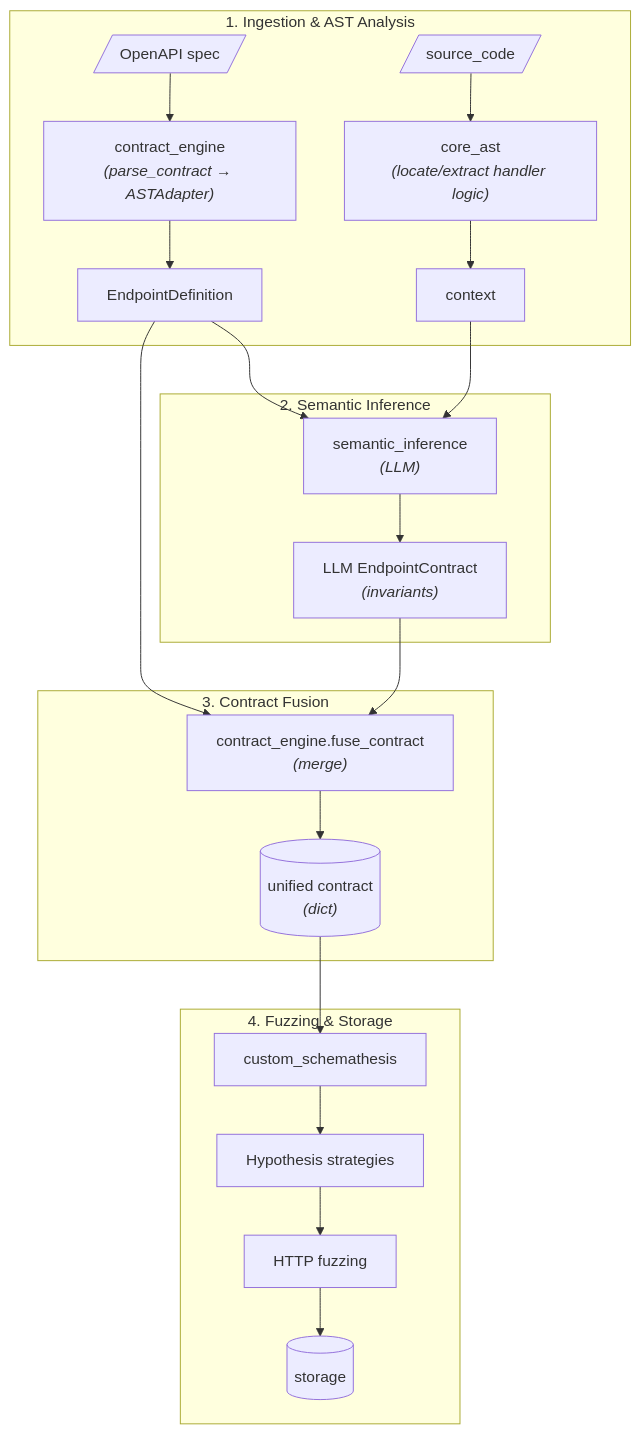
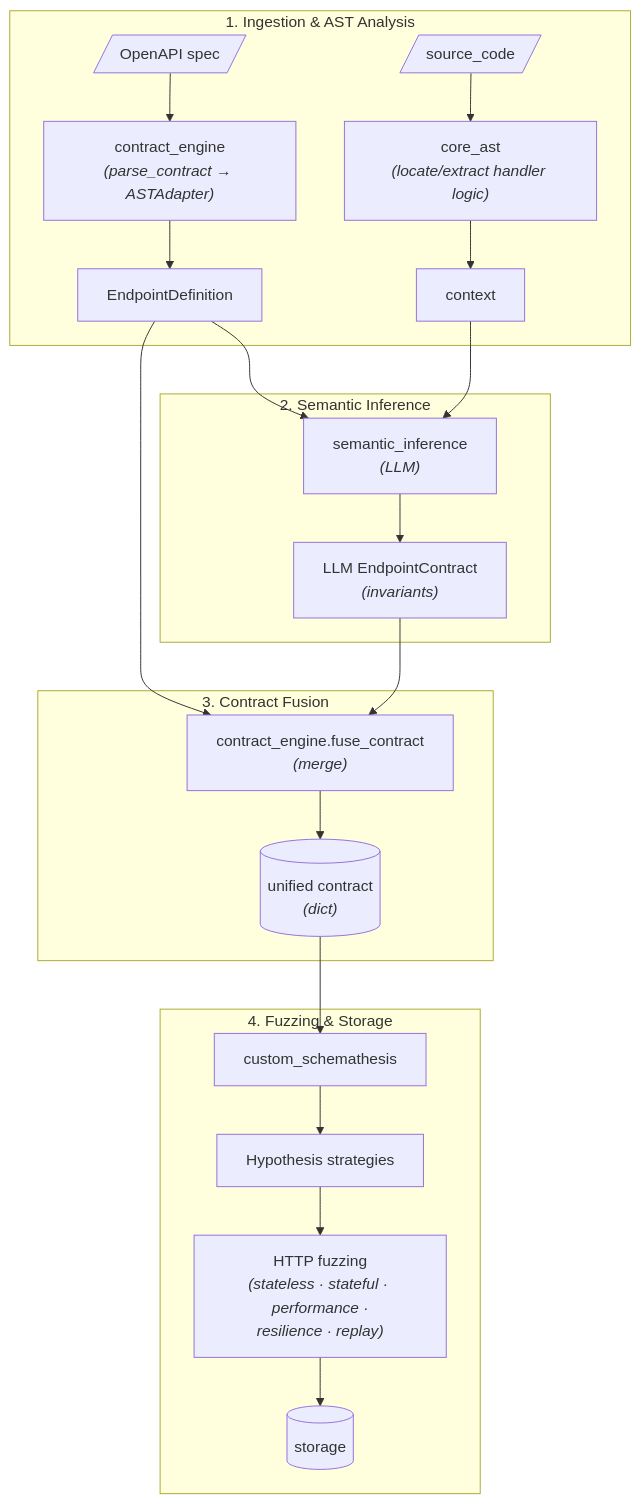
One commit to Spec-Forge-Testing/specforge-docs changed the diagram in docs/architecture/overview.md. Above: the diagram before and after it, drawn with Mermaid. The commit also changed other lines of this file and 2 other files, not shown here.

Commit message:
docs(architecture): correct the reproducibility model, name the five execution modes, add the data-flow page

````diff
--- a/docs/architecture/overview.md
+++ b/docs/architecture/overview.md
@@ -18,29 +19,29 @@
 ```mermaid
 flowchart TD
     subgraph Ingestion ["1. Ingestion & AST Analysis"]
         O[/OpenAPI spec/] --> CE["contract_engine<br/><i>(parse_contract → ASTAdapter)</i>"]
         CE --> ED["EndpointDefinition"]
         
         S[/source_code/] --> CA["core_ast<br/><i>(locate/extract handler logic)</i>"]
         CA --> CTX["context"]
     end
 
     subgraph Inference ["2. Semantic Inference"]
         ED --> SI["semantic_inference<br/><i>(LLM)</i>"]
         CTX --> SI
         SI --> EC["LLM EndpointContract<br/><i>(invariants)</i>"]
     end
 
     subgraph Fusion ["3. Contract Fusion"]
         ED --> FC["contract_engine.fuse_contract<br/><i>(merge)</i>"]
         EC --> FC
         FC --> UC[("unified contract<br/><i>(dict)</i>")]
     end
 
     subgraph Execution ["4. Fuzzing & Storage"]
         UC --> CS["custom_schemathesis"]
         CS --> HS["Hypothesis strategies"]
-        HS --> HF["HTTP fuzzing"]
+        HS --> HF["HTTP fuzzing<br/><i>(stateless · stateful · performance ·<br/>resilience · replay)</i>"]
         HF --> ST[(storage)]
     end
 ```
````
